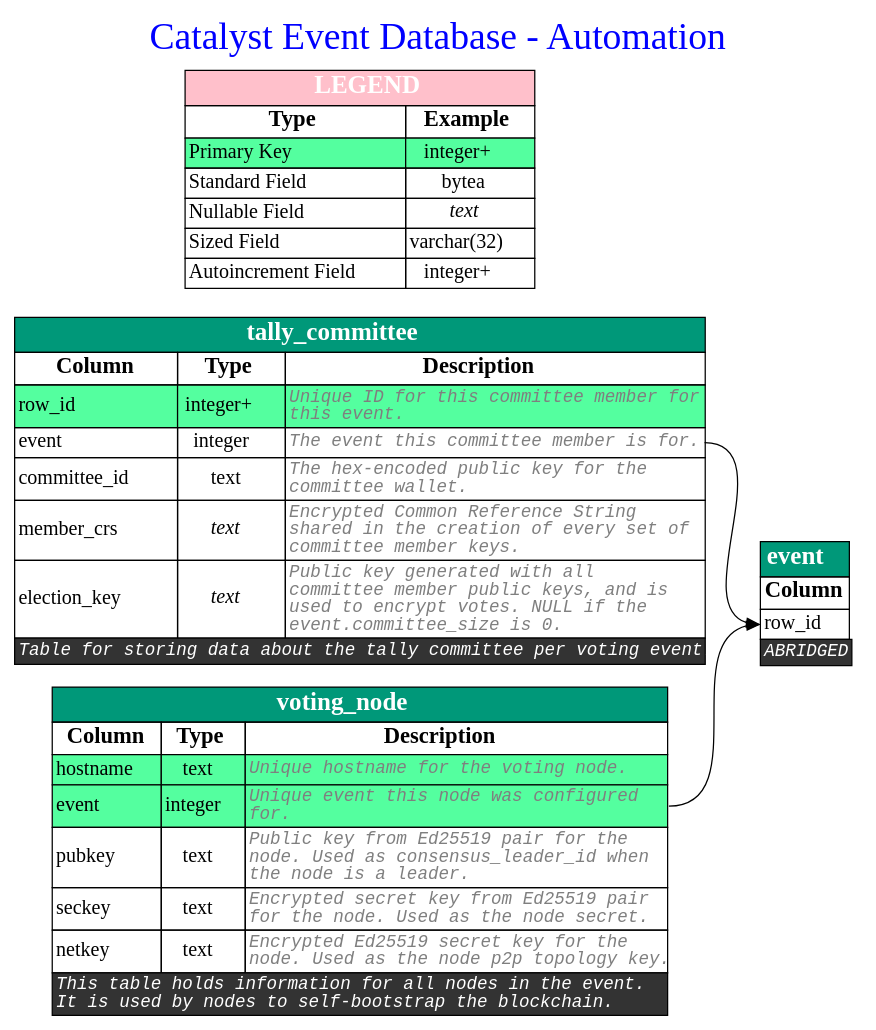
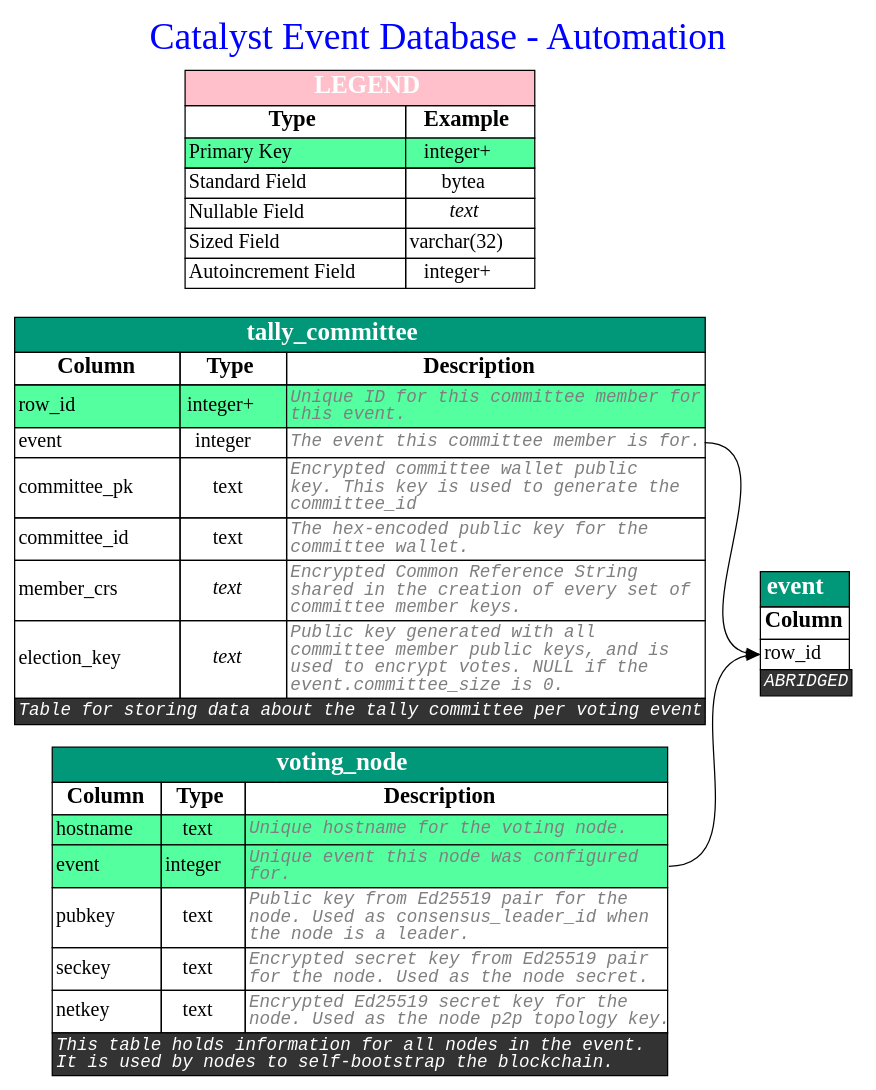
The diagram in feature/voting-node-wallets-registrations-n-power/08_event-db/db-diagrams/event-db-automation.dot (input-output-hk/catalyst-core), drawn with Graphviz before and after one commit. The commit also changed 1546 other files, not shown here.

```diff
--- a/feature/voting-node-wallets-registrations-n-power/08_event-db/db-diagrams/event-db-automation.dot
+++ b/feature/voting-node-wallets-registrations-n-power/08_event-db/db-diagrams/event-db-automation.dot
@@ -44,6 +44,12 @@
                 <td port="event"  align='text'><font>event</font><br align='left'/></td>
                 <td   ><font>integer</font></td>
                 <td port="event_out"  align='text'><font color='grey50' face='Monospace' point-size='14' ><i>The event this committee member is for.</i><br align="left"/></font></td>
+            </tr>
+            
+            <tr>
+                <td port="committee_pk"  align='text'><font>committee_pk</font><br align='left'/></td>
+                <td   ><font>text</font></td>
+                <td port="committee_pk_out"  align='text'><font color='grey50' face='Monospace' point-size='14' ><i>Encrypted committee wallet public<br align='left'/>key. This key is used to generate the<br align='left'/>committee_id</i><br align="left"/></font></td>
             </tr>
             
             <tr>
```
